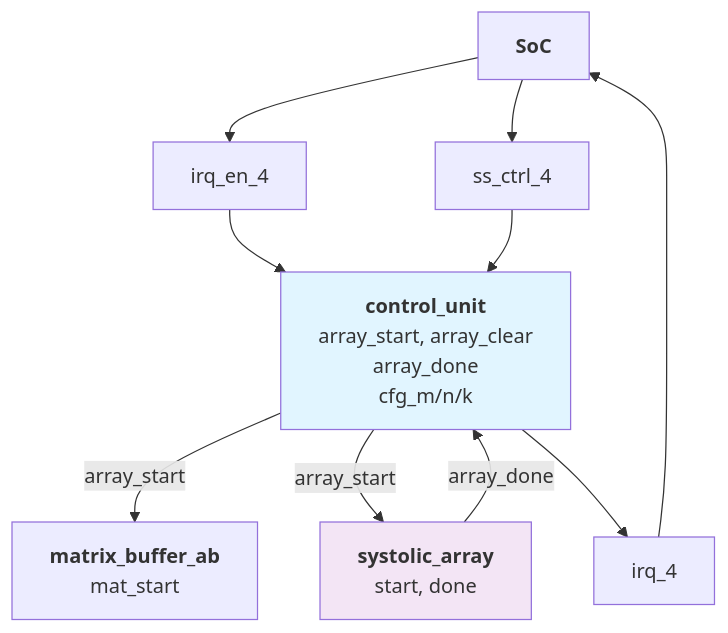
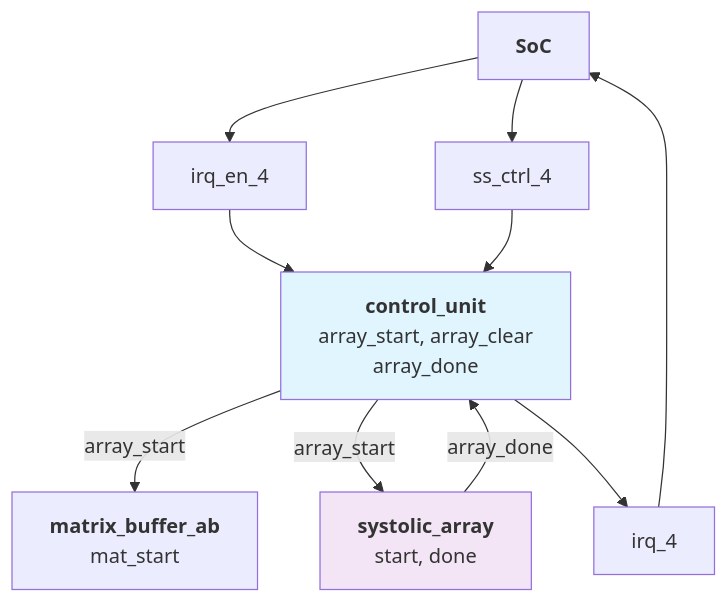
The third of 5 diagrams in docs/interface/accelerator_top_if.md (lithegreat/systolic-array-AI-accelerator), drawn with Mermaid before and after one commit. The commit also changed other lines of this file and 4 other files, not shown here.

````diff
--- a/docs/interface/accelerator_top_if.md
+++ b/docs/interface/accelerator_top_if.md
@@ -217,37 +214,36 @@
 ```mermaid
 flowchart TB
    soc["<b>SoC</b>"]
 
    irq_en["irq_en_4"]
    ss_ctrl["ss_ctrl_4"]
 
    ctrl["<b>control_unit</b>
 array_start, array_clear
-array_done
-cfg_m/n/k"]
+array_done"]
 
    array["<b>systolic_array</b>
 start, done"]
 
    ab["<b>matrix_buffer_ab</b>
 mat_start"]
 
    irq["irq_4"]
 
    soc --> irq_en
    soc --> ss_ctrl
 
    irq_en --> ctrl
    ss_ctrl --> ctrl
 
    ctrl -- array_start --> ab
    ctrl -- array_start --> array
 
    array -- array_done --> ctrl
 
    ctrl --> irq
    irq --> soc
 
    style ctrl fill:#e1f5ff
    style array fill:#f3e5f5
 ```
````
